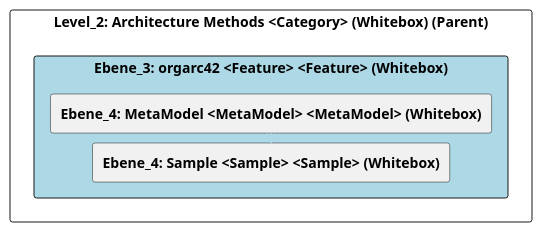
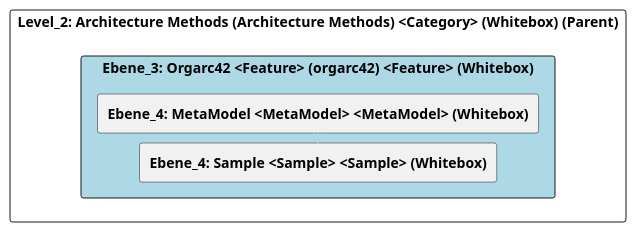
One commit to marcozwyssig/cleon changed the diagram in doc/cleonproject_deliverables_architecture_model_architecture/adoc/de/05_bausteinsicht/cleon/architecture_methods/orgarc42/ebene_3_orgarc42.adoc. Above: the diagram before and after it, drawn with PlantUML. The commit also changed other lines of this file and 166 other files, not shown here.

```diff
--- a/doc/cleonproject_deliverables_architecture_model_architecture/adoc/de/05_bausteinsicht/cleon/architecture_methods/orgarc42/ebene_3_orgarc42.adoc
+++ b/doc/cleonproject_deliverables_architecture_model_architecture/adoc/de/05_bausteinsicht/cleon/architecture_methods/orgarc42/ebene_3_orgarc42.adoc
@@ -20,28 +20,28 @@
-[plantuml, Ebene_3: orgarc42 <Feature> <Feature> (Whitebox)BlockOverview, format="svg"]
+[plantuml, Ebene_3: Orgarc42 <Feature> (orgarc42) <Feature> (Whitebox)BlockOverview, format="svg"]
 ----
-@startuml Ebene_3: orgarc42 <Feature> <Feature> (Whitebox)BuildingBlockOverview
+@startuml Ebene_3: Orgarc42 <Feature> (orgarc42) <Feature> (Whitebox)BuildingBlockOverview
 
 skinparam ranksep 10
 skinparam componentStyle rectangle
 skinparam shadowing false
 skinparam arrowColor lightblue
 skinparam arrowThickness 1.2
 skinparam rectangle {
   BackgroundColor White
   BorderColor #333
   RoundCorner 10
 }
 top to bottom direction
 
-component "Level_2: Architecture Methods <Category> (Whitebox) (Parent)" {
-    component "Ebene_3: orgarc42 <Feature> <Feature> (Whitebox)" #lightblue {
+component "Level_2: Architecture Methods (Architecture Methods) <Category> (Whitebox) (Parent)" {
+    component "Ebene_3: Orgarc42 <Feature> (orgarc42) <Feature> (Whitebox)" #lightblue {
         [**Ebene_4: MetaModel <MetaModel> <MetaModel> (Whitebox)**] as 4A56DE4B_D579_11EE_903E_9F564E4DE07E
         [**Ebene_4: Sample <Sample> <Sample> (Whitebox)**] as 4A570578_D579_11EE_903E_9F564E4DE07E
     }
 
     4A56DE4B_D579_11EE_903E_9F564E4DE07E -down-> 4A570578_D579_11EE_903E_9F564E4DE07E
     
 }
 
 @enduml
 ----
```
